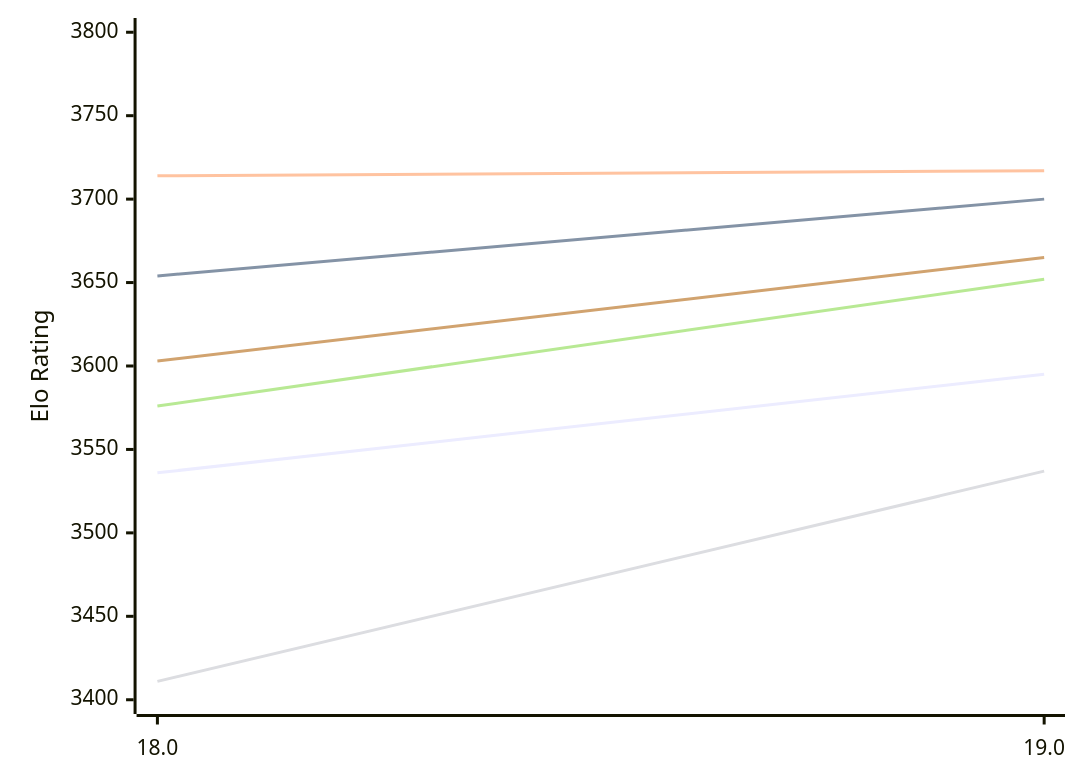
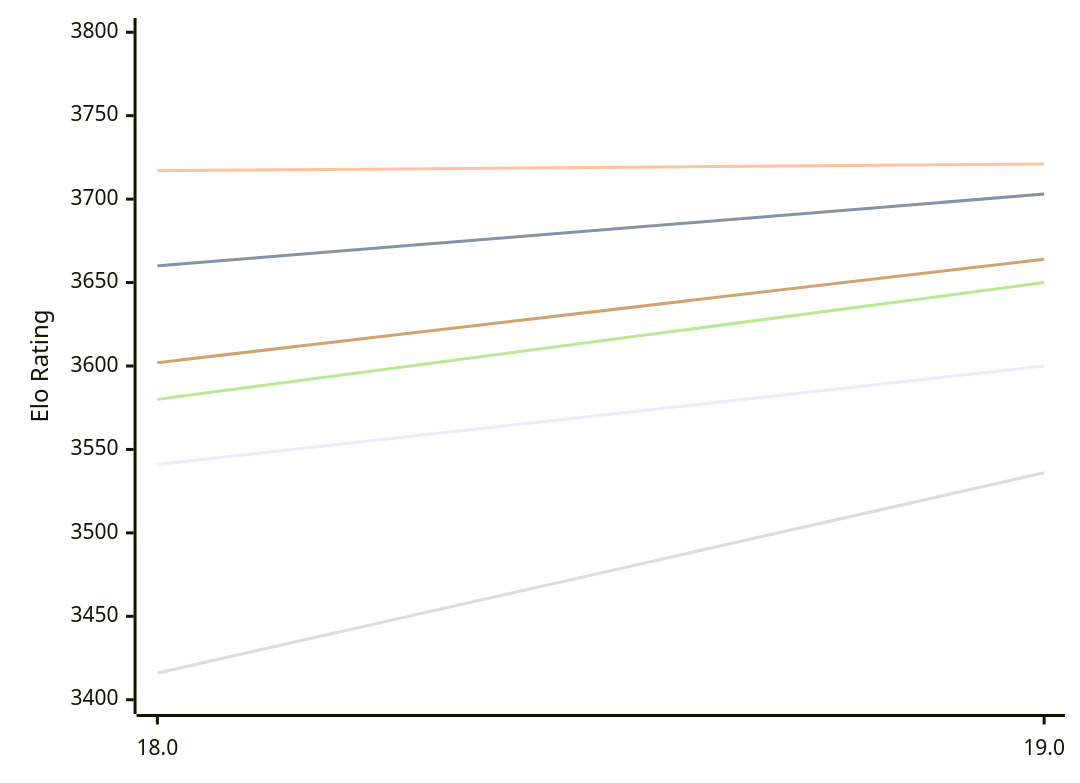
The first of 2 diagrams in engines/Stockfish.md (computer-chess-index/cci), drawn with Mermaid before and after one commit. The commit also changed other lines of this file, not shown here.

Commit message:
Update CCI Ratings (ELO VLTC) - 2026-11-20

````diff
--- a/engines/Stockfish.md
+++ b/engines/Stockfish.md
@@ -64,12 +64,12 @@
 ```mermaid
 %%{init: {"theme":"base","themeVariables":{"seriesColors:['#a3a3a3','#222221','#faa371']}}}%%
 xychart-beta
   x-axis ["18.0", "19.0"]
   y-axis "Elo Rating" 3400 --> 3800
-  line "E1: STC (8.0+0.08s)" [3536, 3595]
-  line "E1: LTC (60.0+0.60s)" [3654, 3700]
-  line "E1: VLTC (2m24s+1.12s)" [3714, 3717]
-  line "P1: STC (8.0+0.08s)" [3411, 3537]
-  line "P1: LTC (60.0+0.60s)" [3576, 3652]
-  line "P1: VLTC (2m24s+1.12s)" [3603, 3665]
+  line "E1: STC (8.0+0.08s)" [3541, 3600]
+  line "E1: LTC (60.0+0.60s)" [3660, 3703]
+  line "E1: VLTC (2m24s+1.12s)" [3717, 3721]
+  line "P1: STC (8.0+0.08s)" [3416, 3536]
+  line "P1: LTC (60.0+0.60s)" [3580, 3650]
+  line "P1: VLTC (2m24s+1.12s)" [3602, 3664]
 ```
````
